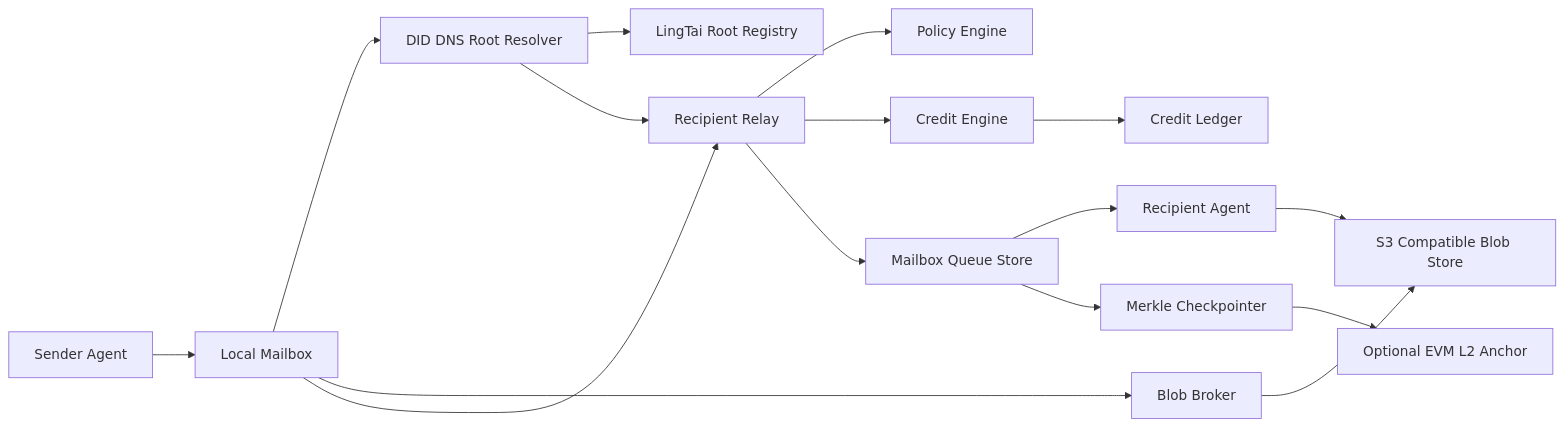
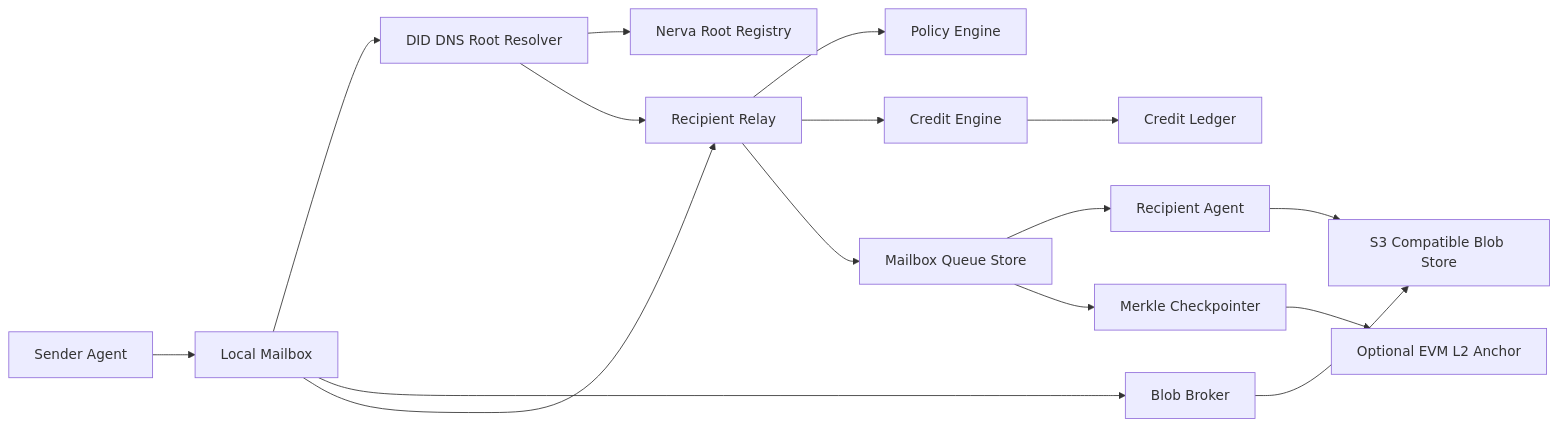
The first of 5 diagrams in docs/technical-solution.md (Airine/nerva-mail), drawn with Mermaid before and after one commit. The commit also changed other lines of this file and 20 other files, not shown here.

````diff
--- a/docs/technical-solution.md
+++ b/docs/technical-solution.md
@@ -69,18 +69,18 @@
 ```mermaid
 flowchart LR
   senderAgent["Sender Agent"] --> senderMailbox["Local Mailbox"]
   senderMailbox --> identityResolver["DID DNS Root Resolver"]
-  identityResolver --> rootRegistry["LingTai Root Registry"]
+  identityResolver --> rootRegistry["Nerva Root Registry"]
   identityResolver --> recipientRelay["Recipient Relay"]
   senderMailbox --> blobBroker["Blob Broker"]
   blobBroker --> s3Store["S3 Compatible Blob Store"]
   senderMailbox --> recipientRelay
   recipientRelay --> policyEngine["Policy Engine"]
   recipientRelay --> creditEngine["Credit Engine"]
   recipientRelay --> queueStore["Mailbox Queue Store"]
   queueStore --> recipientAgent["Recipient Agent"]
   recipientAgent --> s3Store
   creditEngine --> creditLedger["Credit Ledger"]
   queueStore --> checkpointer["Merkle Checkpointer"]
   checkpointer --> chain["Optional EVM L2 Anchor"]
 ```
````
